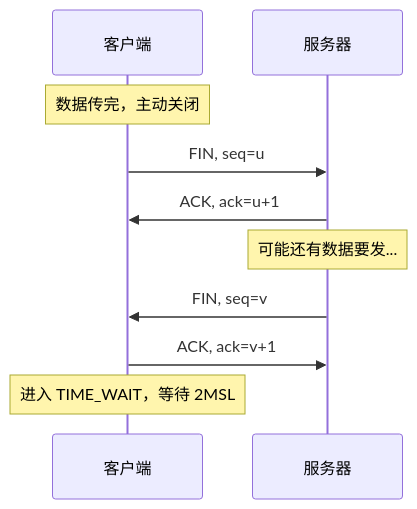
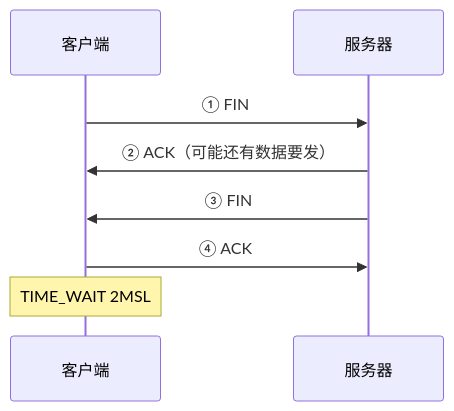
One commit to moqix26/study changed the third of 4 diagrams in 前端学习/计算机网络/02-TCP与UDP.md. Above: the diagram before and after it, drawn with Mermaid. The commit also changed other lines of this file and 10 other files, not shown here.

````diff
--- a/前端学习/计算机网络/02-TCP与UDP.md
+++ b/前端学习/计算机网络/02-TCP与UDP.md
@@ -305,14 +186,11 @@
 ```mermaid
 sequenceDiagram
     participant C as 客户端
     participant S as 服务器
 
-    Note over C: 数据传完，主动关闭
-    C->>S: FIN, seq=u
-    S->>C: ACK, ack=u+1
-    Note over S: 可能还有数据要发...
-
-    S->>C: FIN, seq=v
-    C->>S: ACK, ack=v+1
-    Note over C: 进入 TIME_WAIT，等待 2MSL
+    C->>S: ① FIN
+    S->>C: ② ACK（可能还有数据要发）
+    S->>C: ③ FIN
+    C->>S: ④ ACK
+    Note over C: TIME_WAIT 2MSL
 ```
````
